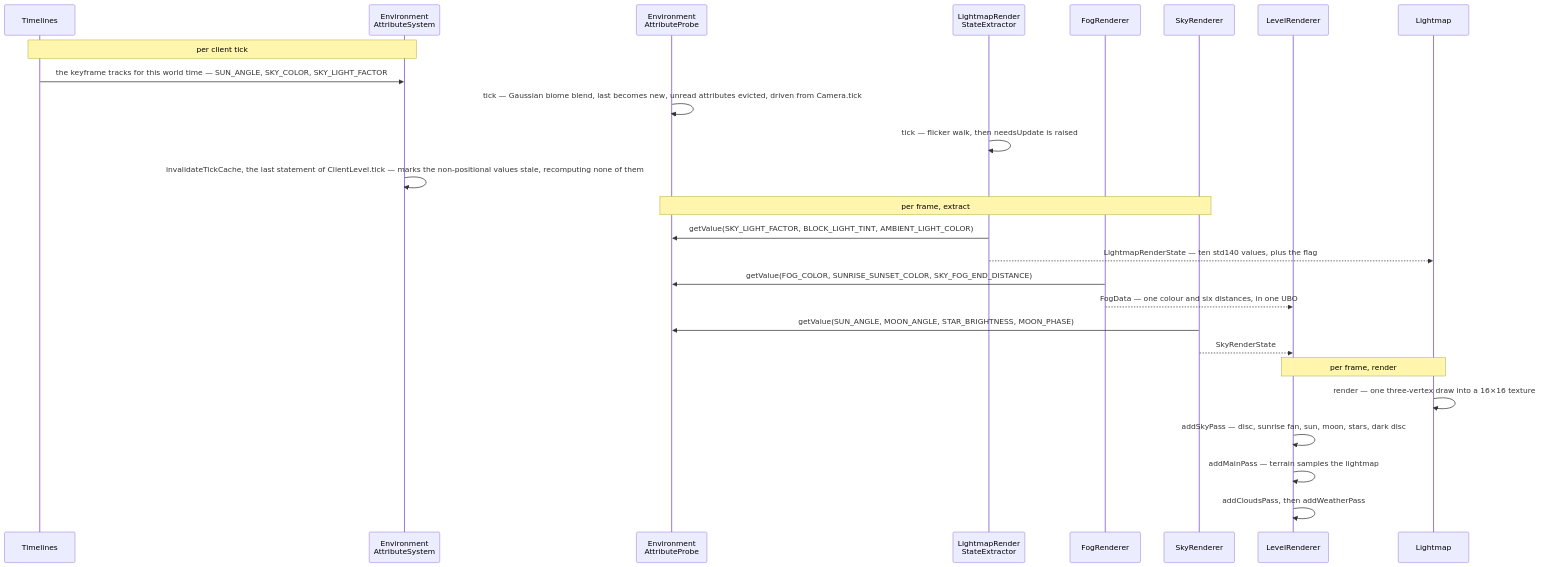
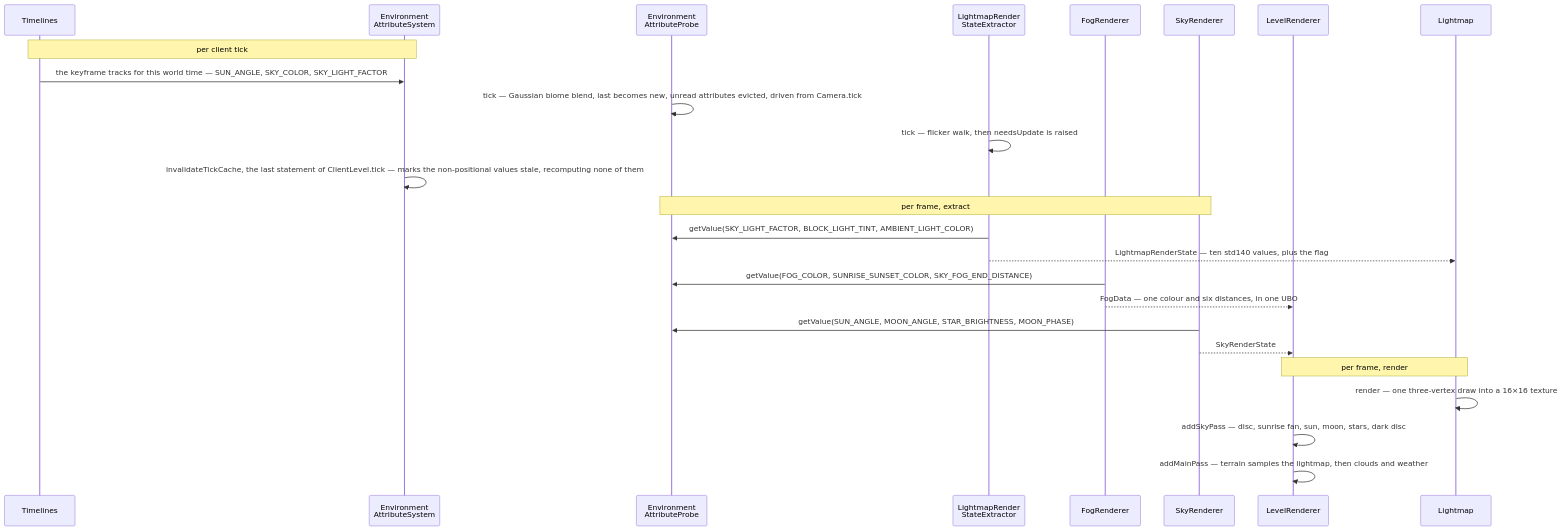
Before and after one commit to AlexanderjFraser/MinecraftDocs: the diagram in src/systems/rendering/lightmap-fog-and-sky.md, drawn with Mermaid. The commit also changed other lines of this file and 68 other files, not shown here.

````diff
--- a/src/systems/rendering/lightmap-fog-and-sky.md
+++ b/src/systems/rendering/lightmap-fog-and-sky.md
@@ -93,31 +93,30 @@
 ```mermaid
 sequenceDiagram
     participant Time as Timelines
     participant EAS as Environment<br/>AttributeSystem
     participant EAP as Environment<br/>AttributeProbe
     participant LRSE as LightmapRender<br/>StateExtractor
     participant FR as FogRenderer
     participant SR as SkyRenderer
     participant LR as LevelRenderer
     participant LM as Lightmap
 
     Note over Time,EAS: per client tick
     Time->>EAS: the keyframe tracks for this world time — SUN_ANGLE, SKY_COLOR, SKY_LIGHT_FACTOR
     EAP->>EAP: tick — Gaussian biome blend, last becomes new, unread attributes evicted, driven from Camera.tick
     LRSE->>LRSE: tick — flicker walk, then needsUpdate is raised
     EAS->>EAS: invalidateTickCache, the last statement of ClientLevel.tick — marks the non-positional values stale, recomputing none of them
 
     Note over EAP,SR: per frame, extract
     LRSE->>EAP: getValue(SKY_LIGHT_FACTOR, BLOCK_LIGHT_TINT, AMBIENT_LIGHT_COLOR)
     LRSE-->>LM: LightmapRenderState — ten std140 values, plus the flag
     FR->>EAP: getValue(FOG_COLOR, SUNRISE_SUNSET_COLOR, SKY_FOG_END_DISTANCE)
     FR-->>LR: FogData — one colour and six distances, in one UBO
     SR->>EAP: getValue(SUN_ANGLE, MOON_ANGLE, STAR_BRIGHTNESS, MOON_PHASE)
     SR-->>LR: SkyRenderState
 
     Note over LM,LR: per frame, render
     LM->>LM: render — one three-vertex draw into a 16×16 texture
     LR->>LR: addSkyPass — disc, sunrise fan, sun, moon, stars, dark disc
-    LR->>LR: addMainPass — terrain samples the lightmap
-    LR->>LR: addCloudsPass, then addWeatherPass
+    LR->>LR: addMainPass — terrain samples the lightmap, then clouds and weather
 ```
````
